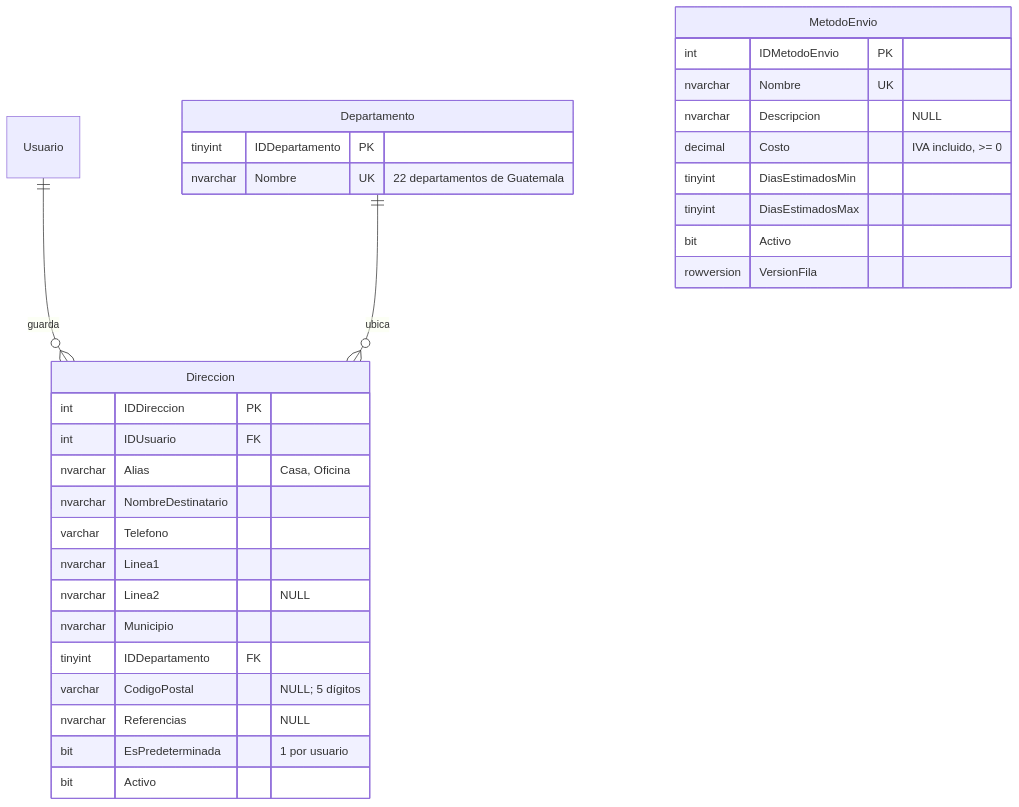
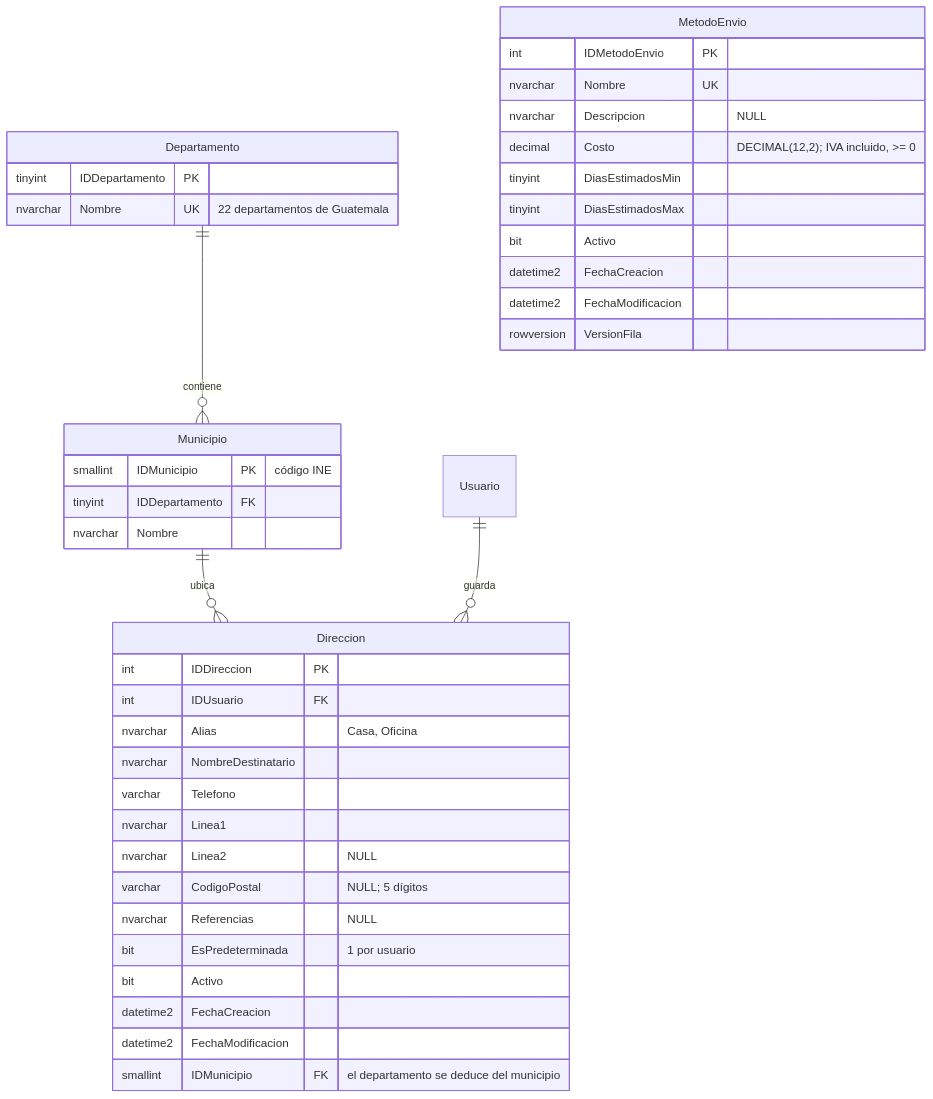
One commit to aMarvinQ/ShopCart changed the fifth of 9 diagrams in docs/ER.md. Above: the diagram before and after it, drawn with Mermaid. The commit also changed other lines of this file and 3 other files, not shown here.

````diff
--- a/docs/ER.md
+++ b/docs/ER.md
@@ -164,35 +252,44 @@
 ```mermaid
 erDiagram
+    Municipio ||--o{ Direccion : "ubica"
     Usuario ||--o{ Direccion : "guarda"
-    Departamento ||--o{ Direccion : "ubica"
+    Departamento ||--o{ Municipio : "contiene"
 
     Departamento {
         tinyint IDDepartamento PK
         nvarchar Nombre UK "22 departamentos de Guatemala"
     }
     Direccion {
         int IDDireccion PK
         int IDUsuario FK
         nvarchar Alias "Casa, Oficina"
         nvarchar NombreDestinatario
         varchar Telefono
         nvarchar Linea1
         nvarchar Linea2 "NULL"
-        nvarchar Municipio
-        tinyint IDDepartamento FK
         varchar CodigoPostal "NULL; 5 dígitos"
         nvarchar Referencias "NULL"
         bit EsPredeterminada "1 por usuario"
         bit Activo
+        datetime2 FechaCreacion
+        datetime2 FechaModificacion
+        smallint IDMunicipio FK "el departamento se deduce del municipio"
     }
     MetodoEnvio {
         int IDMetodoEnvio PK
         nvarchar Nombre UK
         nvarchar Descripcion "NULL"
-        decimal Costo "IVA incluido, >= 0"
+        decimal Costo "DECIMAL(12,2); IVA incluido, >= 0"
         tinyint DiasEstimadosMin
         tinyint DiasEstimadosMax
         bit Activo
+        datetime2 FechaCreacion
+        datetime2 FechaModificacion
         rowversion VersionFila
     }
+    Municipio {
+        smallint IDMunicipio PK "código INE"
+        tinyint IDDepartamento FK
+        nvarchar Nombre
+    }
 ```
````
